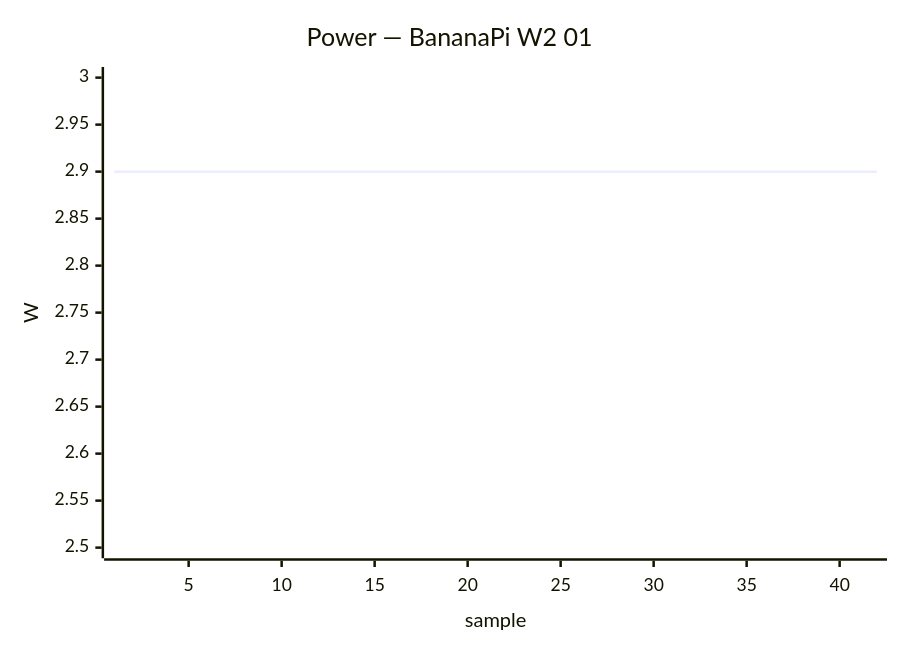
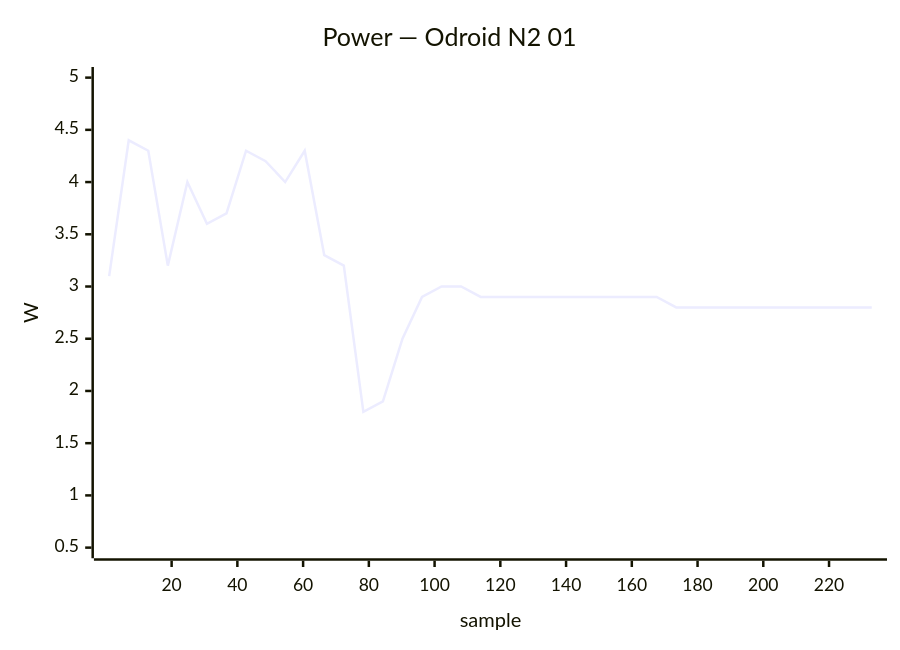
One commit to armbian/documentation changed the third of 50 diagrams in docs/status/board-tests.md. Above: the diagram before and after it, drawn with Mermaid. The commit also changed other lines of this file, not shown here.

````diff
--- a/docs/status/board-tests.md
+++ b/docs/status/board-tests.md
@@ -30,7 +140,7 @@
 ```mermaid
 xychart-beta
-    title "Power — BananaPi W2 01"
-    x-axis "sample" 1 --> 42
-    y-axis "W" 2.5 --> 3.0
-    line [2.9, 2.9, 2.9, 2.9, 2.9, 2.9, 2.9, 2.9, 2.9, 2.9, 2.9, 2.9, 2.9, 2.9, 2.9, 2.9, 2.9, 2.9, 2.9, 2.9, 2.9, 2.9, 2.9, 2.9, 2.9, 2.9, 2.9, 2.9, 2.9, 2.9, 2.9, 2.9, 2.9, 2.9, 2.9, 2.9, 2.9, 2.9, 2.9, 2.9]
+    title "Power — Odroid N2 01"
+    x-axis "sample" 1 --> 233
+    y-axis "W" 0.5 --> 5.0
+    line [3.1, 4.4, 4.3, 3.2, 4.0, 3.6, 3.7, 4.3, 4.2, 4.0, 4.3, 3.3, 3.2, 1.8, 1.9, 2.5, 2.9, 3.0, 3.0, 2.9, 2.9, 2.9, 2.9, 2.9, 2.9, 2.9, 2.9, 2.9, 2.9, 2.8, 2.8, 2.8, 2.8, 2.8, 2.8, 2.8, 2.8, 2.8, 2.8, 2.8]
 ```
````
